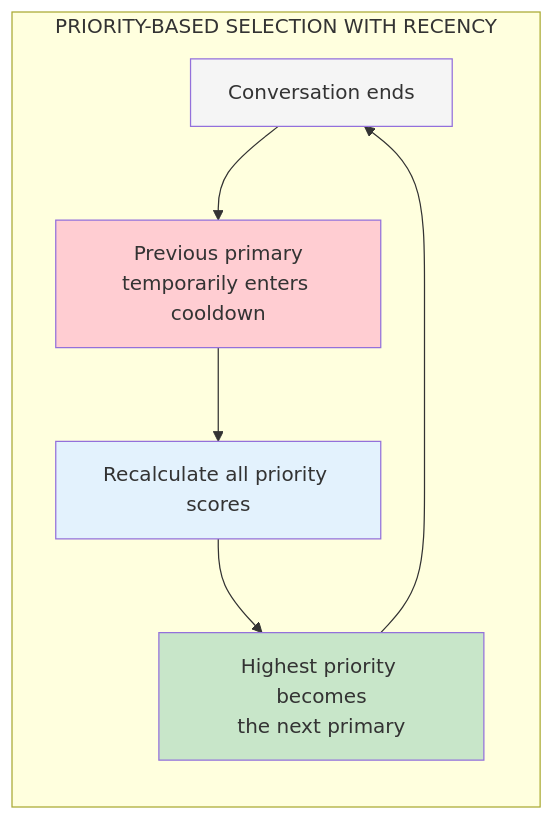
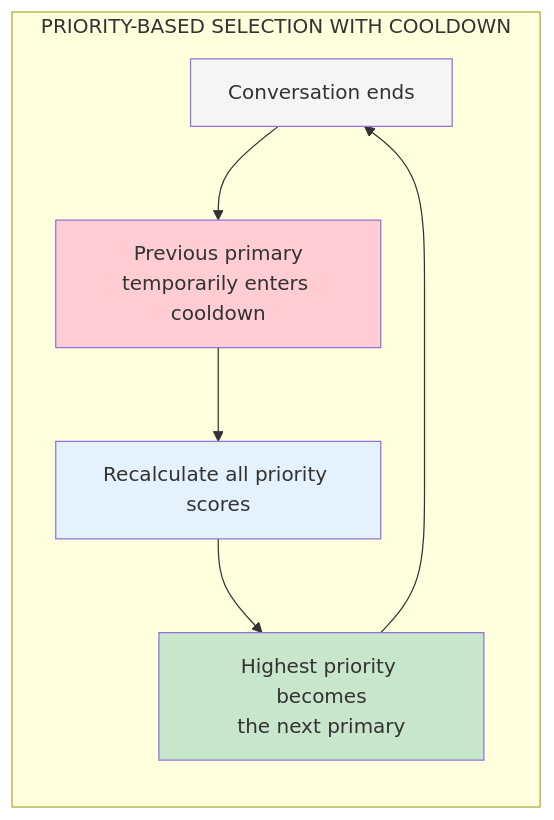
One commit to anshika410/English_learning_flutter_app changed the second of 3 diagrams in docs/mintlify-src/adaptive-mastery.mdx. Above: the diagram before and after it, drawn with Mermaid. The commit also changed other lines of this file, not shown here.

Commit message:
docs: rename sections - Adaptive Learning Cycle, Priority-Based Selection, Stuck Skill Recovery

````diff
--- a/docs/mintlify-src/adaptive-mastery.mdx
+++ b/docs/mintlify-src/adaptive-mastery.mdx
@@ -81,15 +81,15 @@
 ```mermaid
 flowchart TB
-    subgraph RECENCY["PRIORITY-BASED SELECTION WITH RECENCY"]
+    subgraph RECENCY["PRIORITY-BASED SELECTION WITH COOLDOWN"]
         direction TB
         R1[Conversation ends] --> R2[Previous primary<br/>temporarily enters cooldown]
         R2 --> R3[Recalculate all priority scores]
         R3 --> R4[Highest priority becomes<br/>the next primary]
         R4 --> R1
     end
 
     style R1 fill:#f5f5f5
     style R2 fill:#ffcdd2
     style R3 fill:#e3f2fd
     style R4 fill:#c8e6c9
 ```
````
